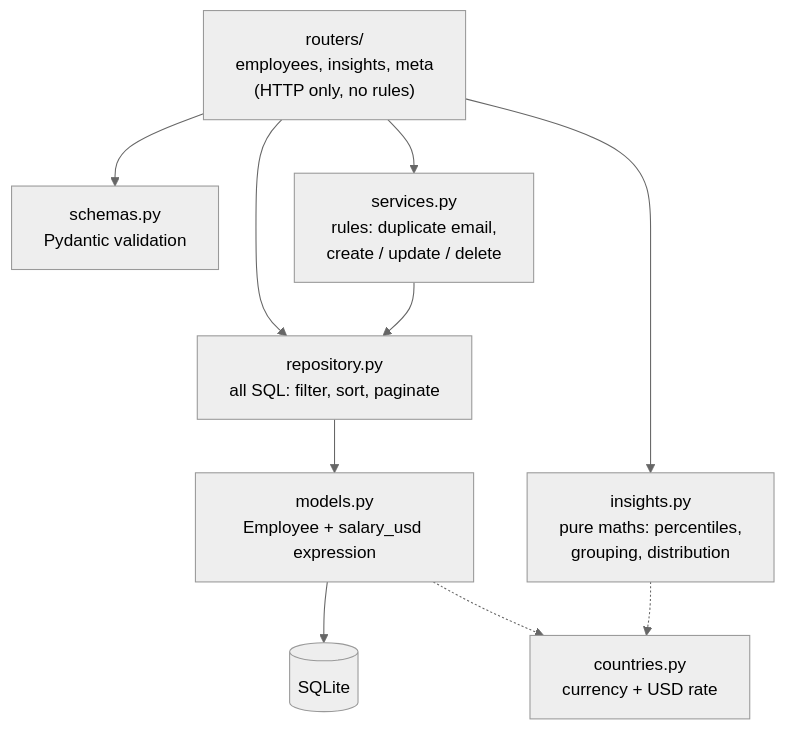
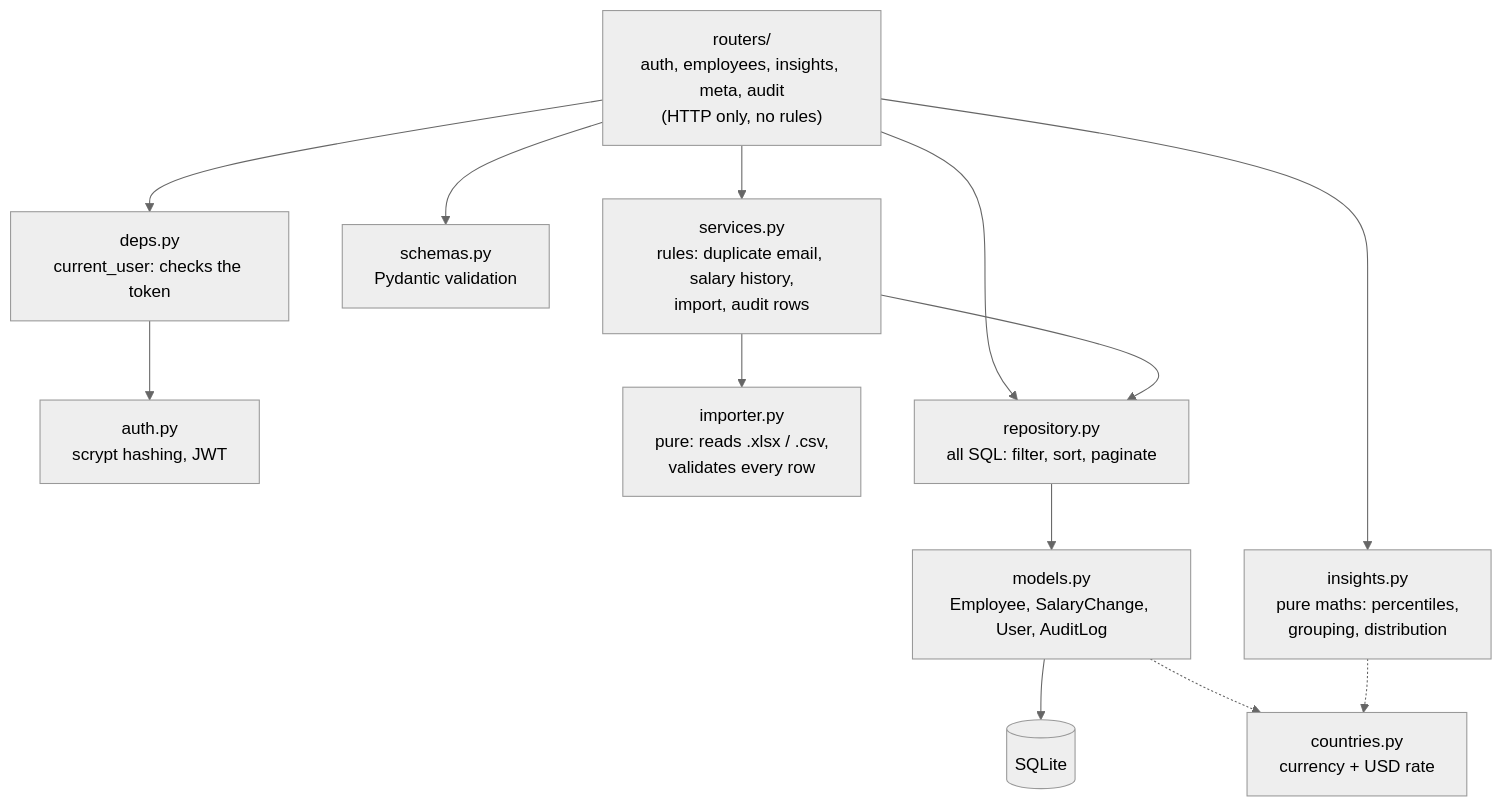
Before and after one commit to mahi0601/salary-management: the second of 9 diagrams in README.md, drawn with Mermaid (neutral theme). The commit also changed other lines of this file and 11 other files, not shown here.

````diff
--- a/README.md
+++ b/README.md
@@ -43,21 +60,27 @@
 ```mermaid
 flowchart TB
-  routers["routers/\nemployees, insights, meta\n(HTTP only, no rules)"]
+  routers["routers/\nauth, employees, insights, meta, audit\n(HTTP only, no rules)"]
+  deps["deps.py\ncurrent_user: checks the token"]
+  auth["auth.py\nscrypt hashing, JWT"]
   schemas["schemas.py\nPydantic validation"]
-  services["services.py\nrules: duplicate email,\ncreate / update / delete"]
+  services["services.py\nrules: duplicate email, salary history,\nimport, audit rows"]
+  importer["importer.py\npure: reads .xlsx / .csv,\nvalidates every row"]
   stats["insights.py\npure maths: percentiles,\ngrouping, distribution"]
   repo["repository.py\nall SQL: filter, sort, paginate"]
-  models["models.py\nEmployee + salary_usd expression"]
+  models["models.py\nEmployee, SalaryChange, User, AuditLog"]
   countries["countries.py\ncurrency + USD rate"]
   db[("SQLite")]
 
+  routers --> deps
+  deps --> auth
   routers --> schemas
   routers --> services
   routers --> stats
   routers --> repo
+  services --> importer
   services --> repo
   repo --> models
   models --> db
   models -.-> countries
   stats -.-> countries
 ```
````
